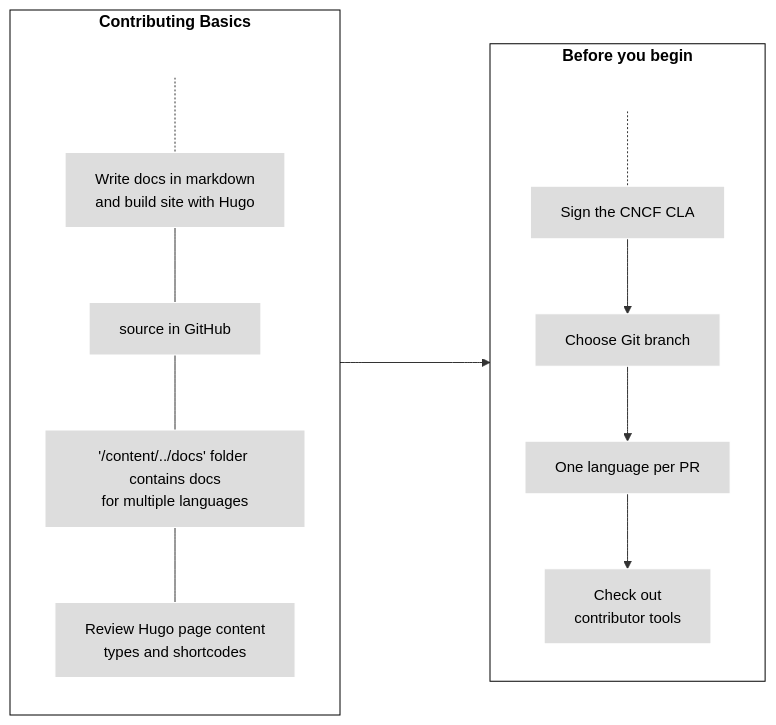
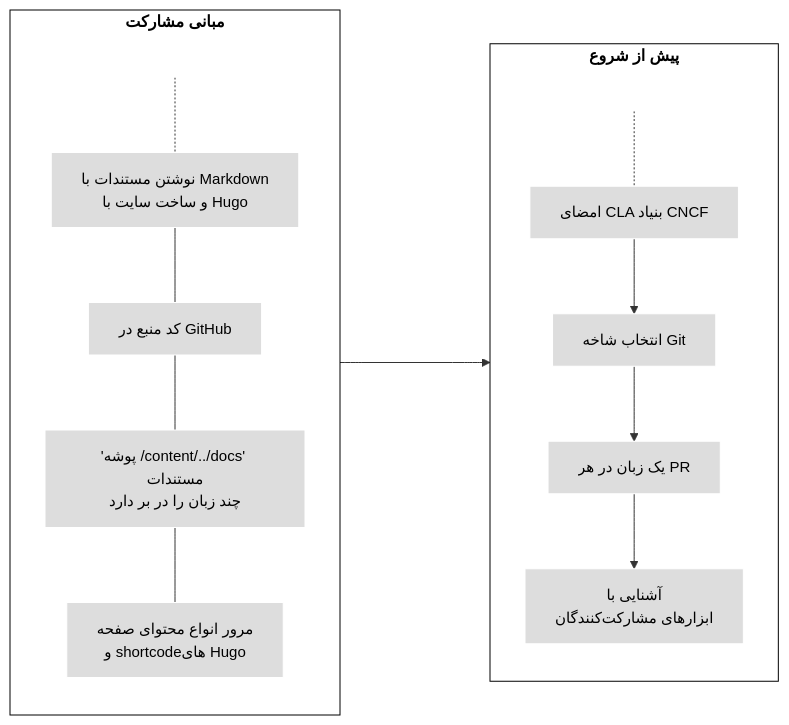
One commit to soroush67/kubernetes-doc-fa changed the diagram in md/contribute/new-content/_index.md. Above: the diagram before and after it, drawn with Mermaid. The commit also changed other lines of this file and 32 other files, not shown here.

```diff
--- a/md/contribute/new-content/_index.md
+++ b/md/contribute/new-content/_index.md
@@ -24,28 +24,28 @@
 {{< mermaid >}}
 flowchart LR 
-    subgraph second[Before you begin]
+    subgraph second[پیش از شروع]
     direction TB
     S[ ] -.-
-    A[Sign the CNCF CLA] --> B[Choose Git branch]
-    B --> C[One language per PR]
-    C --> F[Check out<br>contributor tools]
+    A[امضای CLA بنیاد CNCF] --> B[انتخاب شاخه Git]
+    B --> C[یک زبان در هر PR]
+    C --> F[آشنایی با<br>ابزارهای مشارکت‌کنندگان]
     end
-    subgraph first[Contributing Basics]
+    subgraph first[مبانی مشارکت]
     direction TB
        T[ ] -.-
-       D[Write docs in markdown<br>and build site with Hugo] --- E[source in GitHub]
-       E --- G['/content/../docs' folder contains docs<br>for multiple languages]
-       G --- H[Review Hugo page content<br>types and shortcodes]
+       D[نوشتن مستندات با Markdown<br>و ساخت سایت با Hugo] --- E[کد منبع در GitHub]
+       E --- G['پوشه /content/../docs' مستندات<br>چند زبان را در بر دارد]
+       G --- H[مرور انواع محتوای صفحه<br>و shortcodeهای Hugo]
     end
     
 
     first ----> second
      
 
 classDef grey fill:#dddddd,stroke:#ffffff,stroke-width:px,color:#000000, font-size:15px;
 classDef white fill:#ffffff,stroke:#000,stroke-width:px,color:#000,font-weight:bold
 classDef spacewhite fill:#ffffff,stroke:#fff,stroke-width:0px,color:#000
 class A,B,C,D,E,F,G,H grey
 class S,T spacewhite
 class first,second white
 {{</ mermaid >}}
```
